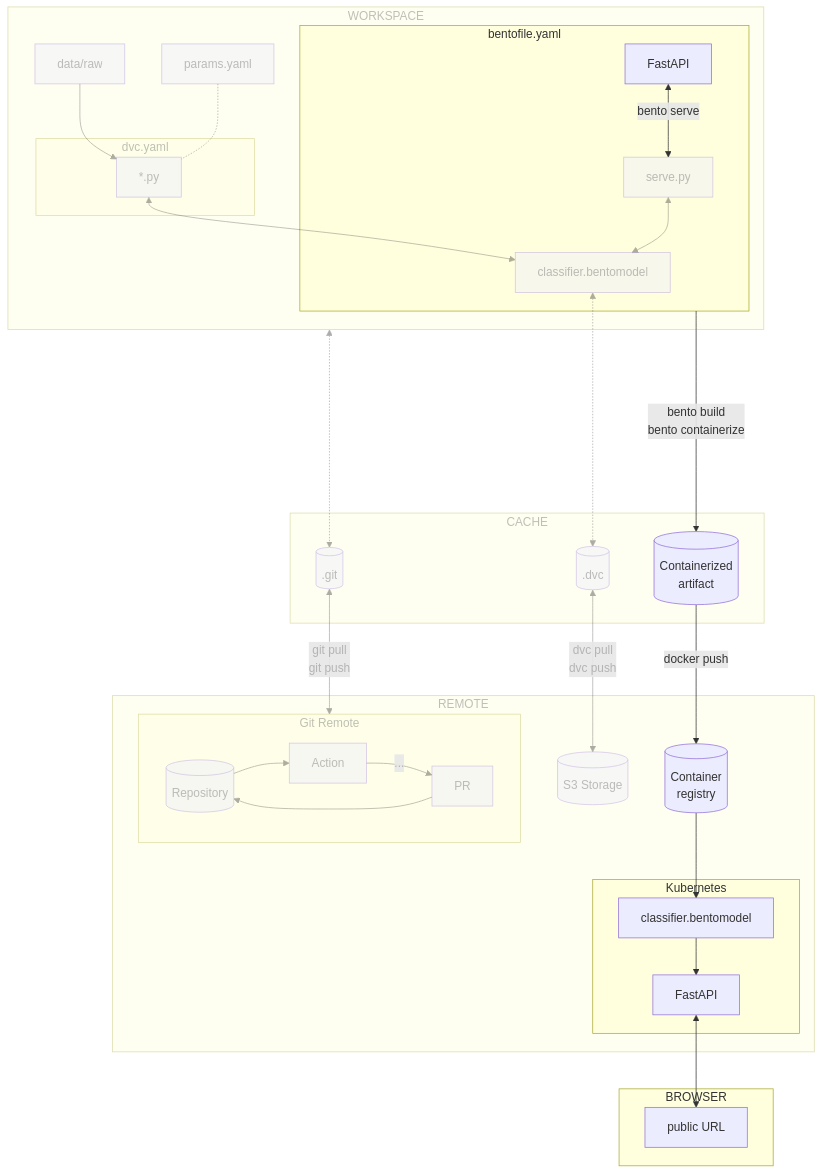
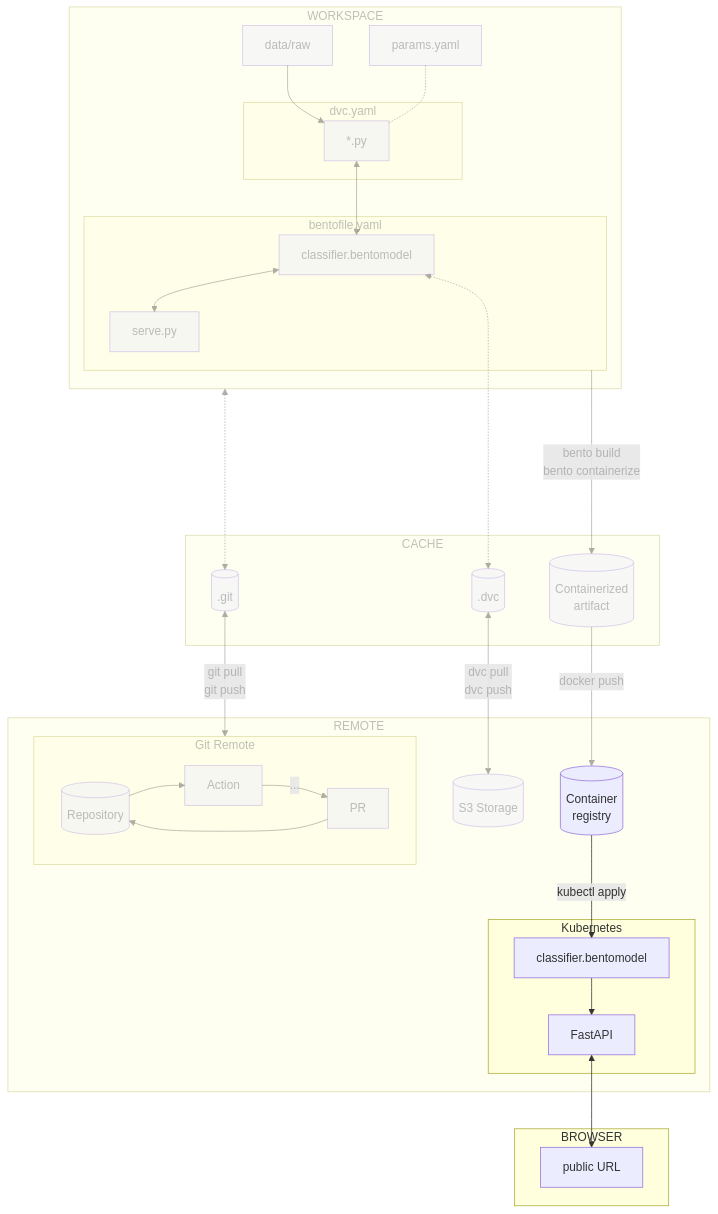
The diagram in docs/part-3-serve-and-deploy-the-model/chapter-14-deploy-and-access-the-model-on-kubernetes.md (swiss-ai-center/a-guide-to-mlops), drawn with Mermaid before and after one commit. The commit also changed other lines of this file and 2 other files, not shown here.

Commit message:
Update mermaid graphs for split chapters

````diff
--- a/docs/part-3-serve-and-deploy-the-model/chapter-14-deploy-and-access-the-model-on-kubernetes.md
+++ b/docs/part-3-serve-and-deploy-the-model/chapter-14-deploy-and-access-the-model-on-kubernetes.md
@@ -31,72 +29,74 @@
 ```mermaid
 flowchart TB
     dot_dvc[(.dvc)] <-->|dvc pull\ndvc push| s3_storage[(S3 Storage)]
     dot_git[(.git)] <-->|git pull\ngit push| gitGraph[Git Remote]
     workspaceGraph <-....-> dot_git
     data[data/raw]
     subgraph cacheGraph[CACHE]
         dot_dvc
         dot_git
         bento_artifact[(Containerized\nartifact)]
     end
     subgraph remoteGraph[REMOTE]
         s3_storage
         subgraph gitGraph[Git Remote]
             repository[(Repository)] --> action[Action]
             action[Action] --> |...|request[PR]
             request --> repository[(Repository)]
         end
         subgraph clusterGraph[Kubernetes]
             bento_service_cluster[classifier.bentomodel] --> k8s_fastapi[FastAPI]
         end
-        registry[(Container\nregistry)] --> bento_service_cluster
+        registry[(Container\nregistry)] --> |kubectl apply|bento_service_cluster
     end
     subgraph workspaceGraph[WORKSPACE]
         data --> code[*.py]
         subgraph dvcGraph["dvc.yaml"]
             code
         end
         params[params.yaml] -.- code
         code <--> bento_model[classifier.bentomodel]
         subgraph bentoGraph[bentofile.yaml]
-            bento_model
-            serve[serve.py] <--> bento_model
-            fastapi[FastAPI] <--> |bento serve|serve
+            bento_model <--> serve[serve.py]
         end
 
         bentoGraph -->|bento build\nbento containerize| bento_artifact
         bento_model <-.-> dot_dvc
         bento_artifact -->|docker push| registry
     end
 
     subgraph browserGraph[BROWSER]
         k8s_fastapi <--> publicURL["public URL"]
     end
     style workspaceGraph opacity:0.4,color:#7f7f7f80
     style dvcGraph opacity:0.4,color:#7f7f7f80
     style cacheGraph opacity:0.4,color:#7f7f7f80
     style data opacity:0.4,color:#7f7f7f80
     style dot_git opacity:0.4,color:#7f7f7f80
     style dot_dvc opacity:0.4,color:#7f7f7f80
     style code opacity:0.4,color:#7f7f7f80
     style serve opacity:0.4,color:#7f7f7f80
     style bento_model opacity:0.4,color:#7f7f7f80
+    style bentoGraph opacity:0.4,color:#7f7f7f80
+    style bento_artifact opacity:0.4,color:#7f7f7f80
     style params opacity:0.4,color:#7f7f7f80
     style s3_storage opacity:0.4,color:#7f7f7f80
     style repository opacity:0.4,color:#7f7f7f80
     style action opacity:0.4,color:#7f7f7f80
     style request opacity:0.4,color:#7f7f7f80
     style remoteGraph opacity:0.4,color:#7f7f7f80
     style gitGraph opacity:0.4,color:#7f7f7f80
     linkStyle 0 opacity:0.4,color:#7f7f7f80
     linkStyle 1 opacity:0.4,color:#7f7f7f80
     linkStyle 2 opacity:0.4,color:#7f7f7f80
     linkStyle 3 opacity:0.4,color:#7f7f7f80
     linkStyle 4 opacity:0.4,color:#7f7f7f80
     linkStyle 5 opacity:0.4,color:#7f7f7f80
     linkStyle 8 opacity:0.4,color:#7f7f7f80
     linkStyle 9 opacity:0.4,color:#7f7f7f80
     linkStyle 10 opacity:0.4,color:#7f7f7f80
     linkStyle 11 opacity:0.4,color:#7f7f7f80
+    linkStyle 12 opacity:0.4,color:#7f7f7f80
+    linkStyle 13 opacity:0.4,color:#7f7f7f80
     linkStyle 14 opacity:0.4,color:#7f7f7f80
 ```
````
